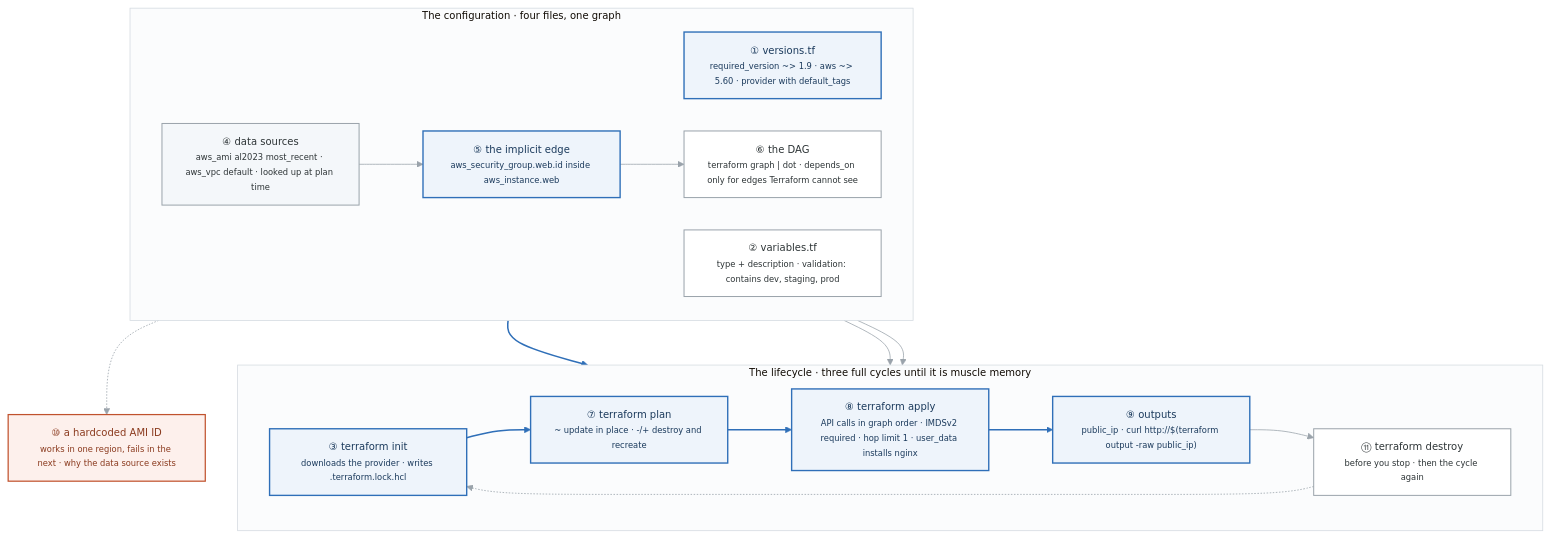
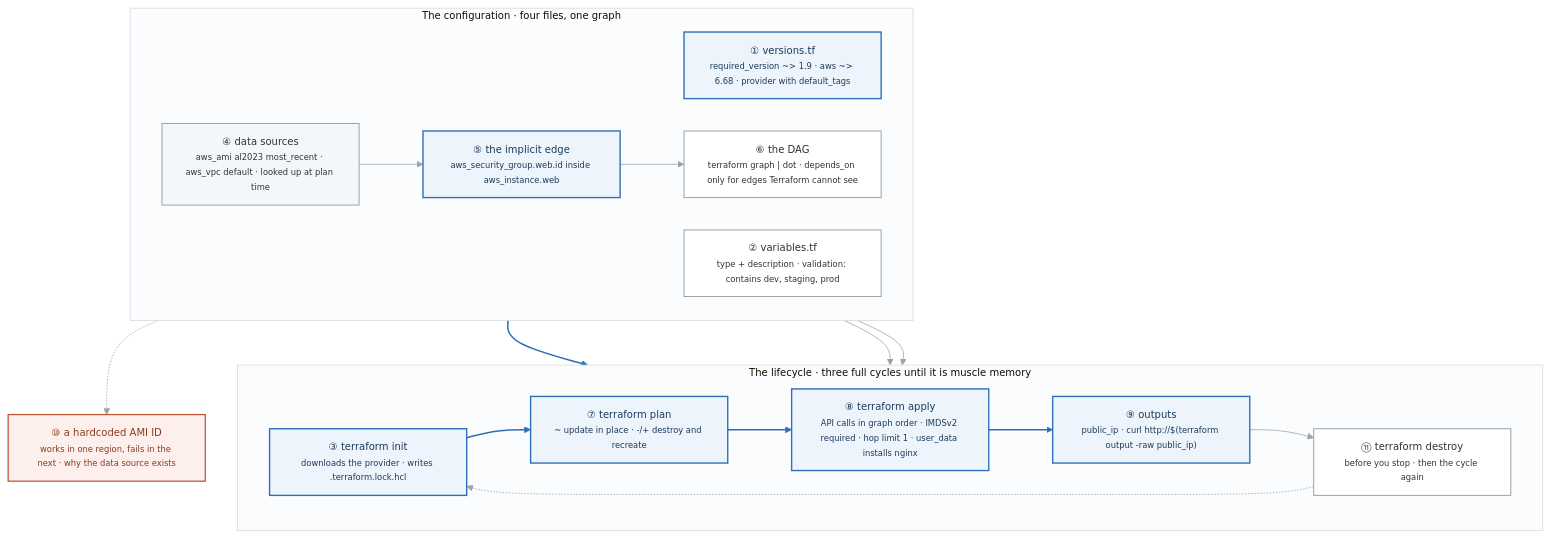
One commit to Twolliston-CPG/Mastery changed the first of 4 diagrams in curriculum/week-10/labs/FIGURES.md. Above: the diagram before and after it, drawn with Mermaid. The commit also changed other lines of this file and 22 other files, not shown here.

````diff
--- a/curriculum/week-10/labs/FIGURES.md
+++ b/curriculum/week-10/labs/FIGURES.md
@@ -29,36 +29,36 @@
 ```mermaid
 %%{init: {'theme':'base','themeVariables':{'fontFamily':'Helvetica, Arial, sans-serif','fontSize':'13px','primaryColor':'#ffffff','primaryTextColor':'#2d3436','primaryBorderColor':'#9aa3ab','lineColor':'#9aa3ab','textColor':'#2d3436','clusterBkg':'#fbfcfd','clusterBorder':'#d4dae0','edgeLabelBackground':'#ffffff','tertiaryColor':'#eef4fb'},'flowchart':{'curve':'basis','padding':14,'nodeSpacing':42,'rankSpacing':58}}}%%
 flowchart TB
   classDef default fill:#ffffff,stroke:#9aa3ab,stroke-width:1.3px,color:#2d3436
   classDef n    fill:#ffffff,stroke:#9aa3ab,stroke-width:1.3px,color:#2d3436
   classDef crit fill:#eef4fb,stroke:#2f6fb8,stroke-width:1.8px,color:#1b3a5c
   classDef data fill:#f4f7fa,stroke:#9aa3ab,stroke-width:1.3px,color:#2d3436
   classDef mut  fill:#ffffff,stroke:#cfd6dc,stroke-width:1.1px,color:#7a8288
   classDef warn fill:#fdf0ec,stroke:#c0522d,stroke-width:1.6px,color:#8a3a1e
 
   subgraph CFG["The configuration · four files, one graph"]
     direction LR
-    VER["① versions.tf<br/><small>required_version ~&gt; 1.9 · aws ~&gt; 5.60 · provider with default_tags</small>"]:::crit
+    VER["① versions.tf<br/><small>required_version ~&gt; 1.9 · aws ~&gt; 6.68 · provider with default_tags</small>"]:::crit
     VAR["② variables.tf<br/><small>type + description · validation: contains dev, staging, prod</small>"]:::n
     DATA["④ data sources<br/><small>aws_ami al2023 most_recent · aws_vpc default · looked up at plan time</small>"]:::data
     EDGE["⑤ the implicit edge<br/><small>aws_security_group.web.id inside aws_instance.web</small>"]:::crit
     DAG["⑥ the DAG<br/><small>terraform graph | dot · depends_on only for edges Terraform cannot see</small>"]:::n
   end
   subgraph RUN["The lifecycle · three full cycles until it is muscle memory"]
     direction LR
     INIT["③ terraform init<br/><small>downloads the provider · writes .terraform.lock.hcl</small>"]:::crit
     PLAN["⑦ terraform plan<br/><small>~ update in place · -/+ destroy and recreate</small>"]:::crit
     APPLY["⑧ terraform apply<br/><small>API calls in graph order · IMDSv2 required · hop limit 1 · user_data installs nginx</small>"]:::crit
     OUT["⑨ outputs<br/><small>public_ip · curl http://$(terraform output -raw public_ip)</small>"]:::crit
     DESTROY["⑪ terraform destroy<br/><small>before you stop · then the cycle again</small>"]:::n
   end
   BADAMI["⑩ a hardcoded AMI ID<br/><small>works in one region, fails in the next · why the data source exists</small>"]:::warn
 
   VER ==> INIT ==> PLAN ==> APPLY ==> OUT
   VAR --> PLAN
   DATA --> EDGE --> DAG --> PLAN
   DATA -.-> BADAMI
   OUT --> DESTROY
   DESTROY -.-> INIT
   linkStyle 0,1,2,3 stroke:#2f6fb8,stroke-width:2px
 ```
````
